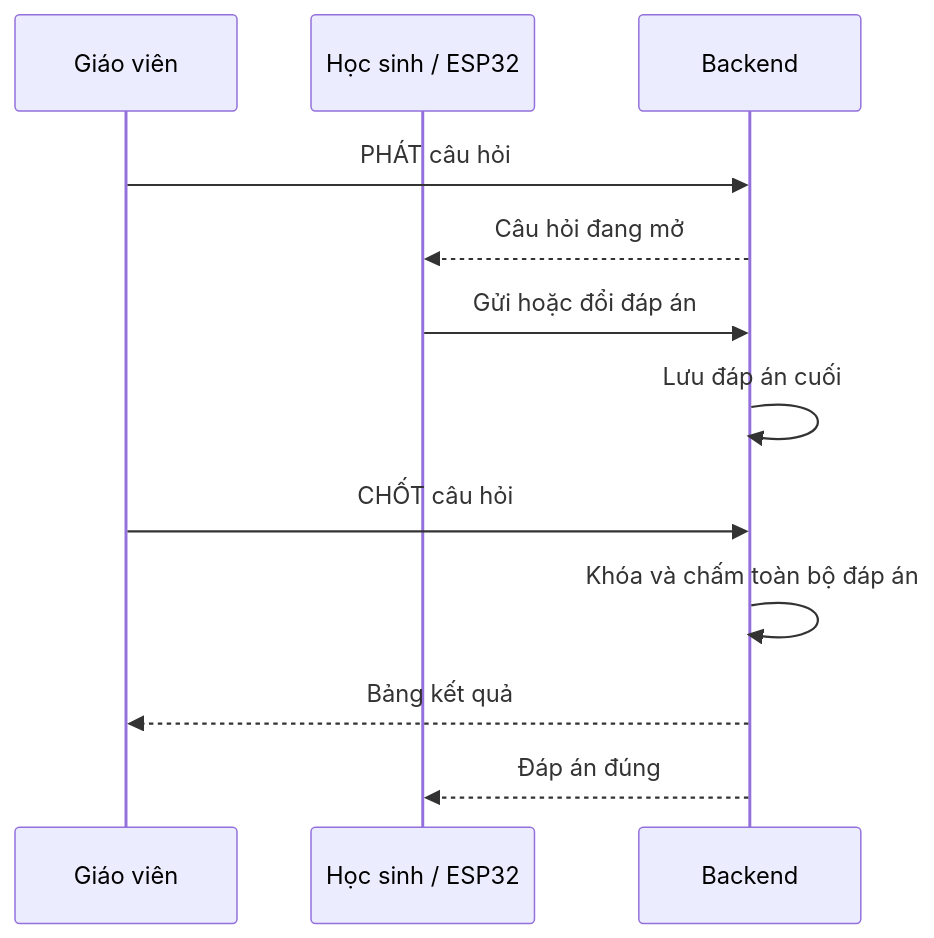
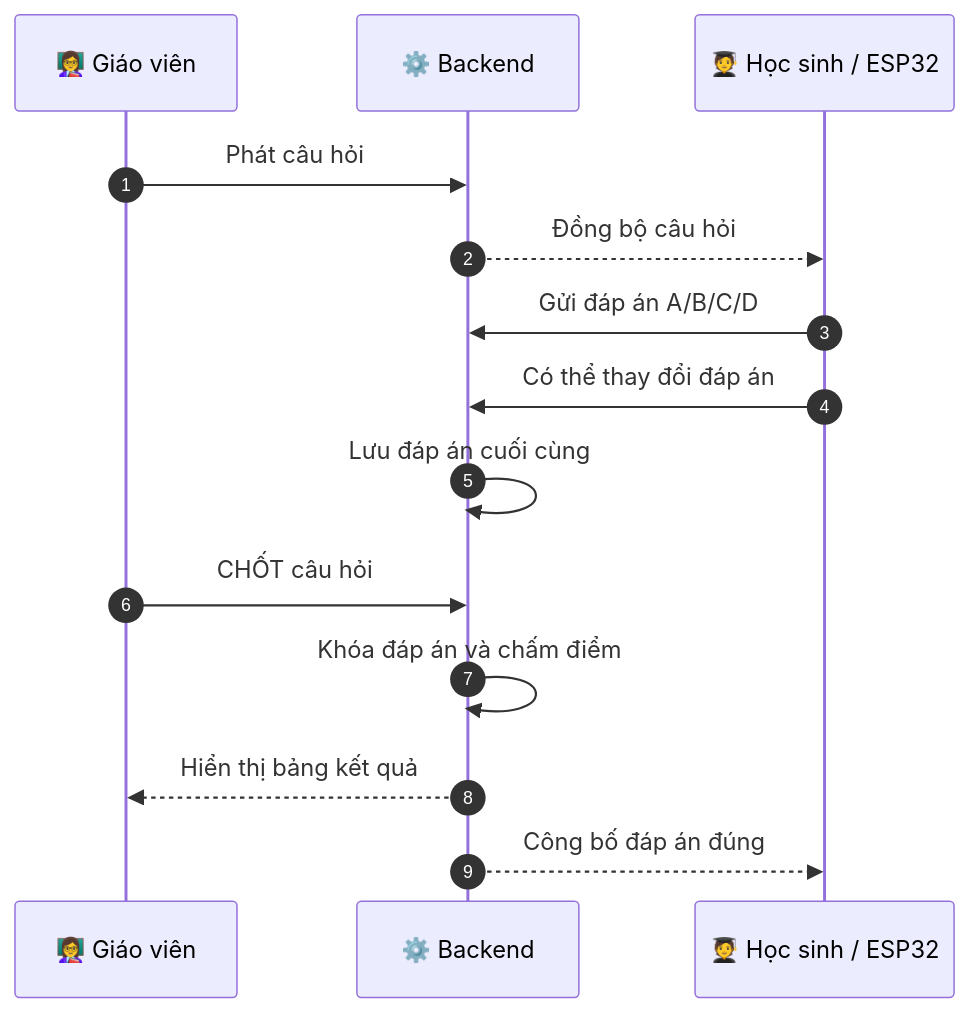
Before and after one commit to Vandong210705/WEDDONG_QUIZ_V2_FULL: the second of 2 diagrams in README.md, drawn with Mermaid. The commit also changed other lines of this file, not shown here.

````diff
--- a/README.md
+++ b/README.md
@@ -56,14 +124,17 @@
 ```mermaid
 sequenceDiagram
-    participant GV as Giáo viên
-    participant SV as Học sinh / ESP32
-    participant BE as Backend
-    GV->>BE: PHÁT câu hỏi
-    BE-->>SV: Câu hỏi đang mở
-    SV->>BE: Gửi hoặc đổi đáp án
-    BE->>BE: Lưu đáp án cuối
+    autonumber
+    participant GV as 👩‍🏫 Giáo viên
+    participant BE as ⚙️ Backend
+    participant HS as 🧑‍🎓 Học sinh / ESP32
+
+    GV->>BE: Phát câu hỏi
+    BE-->>HS: Đồng bộ câu hỏi
+    HS->>BE: Gửi đáp án A/B/C/D
+    HS->>BE: Có thể thay đổi đáp án
+    BE->>BE: Lưu đáp án cuối cùng
     GV->>BE: CHỐT câu hỏi
-    BE->>BE: Khóa và chấm toàn bộ đáp án
-    BE-->>GV: Bảng kết quả
-    BE-->>SV: Đáp án đúng
+    BE->>BE: Khóa đáp án và chấm điểm
+    BE-->>GV: Hiển thị bảng kết quả
+    BE-->>HS: Công bố đáp án đúng
 ```
````
